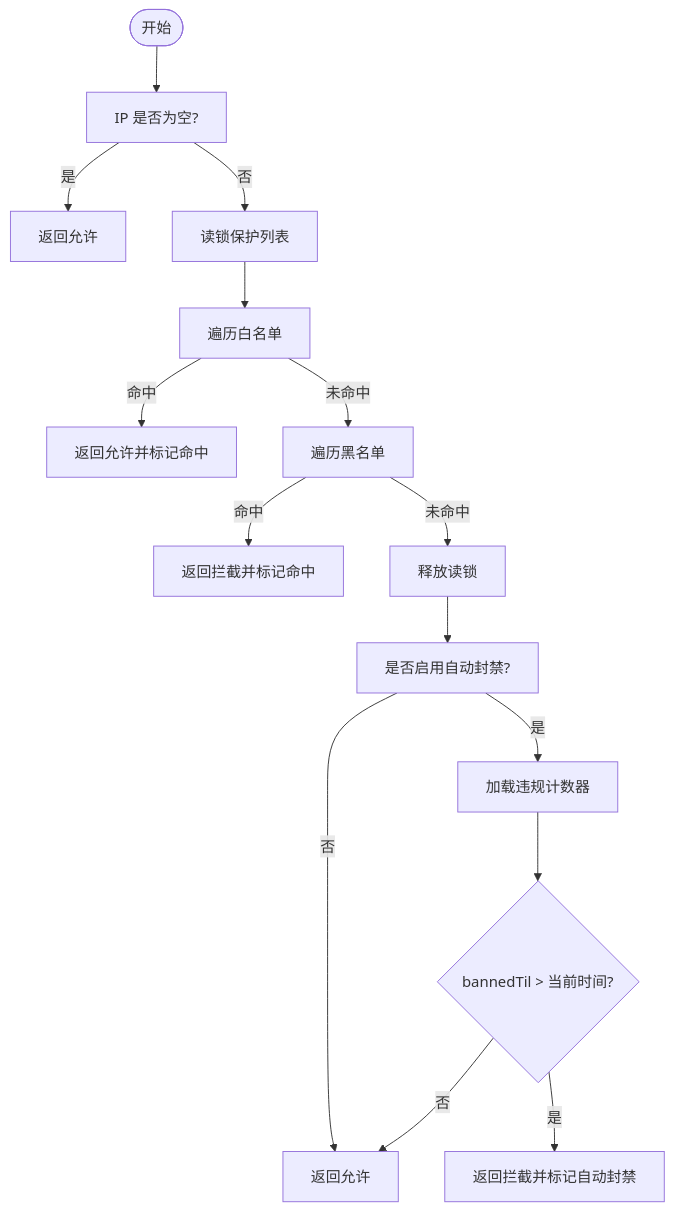
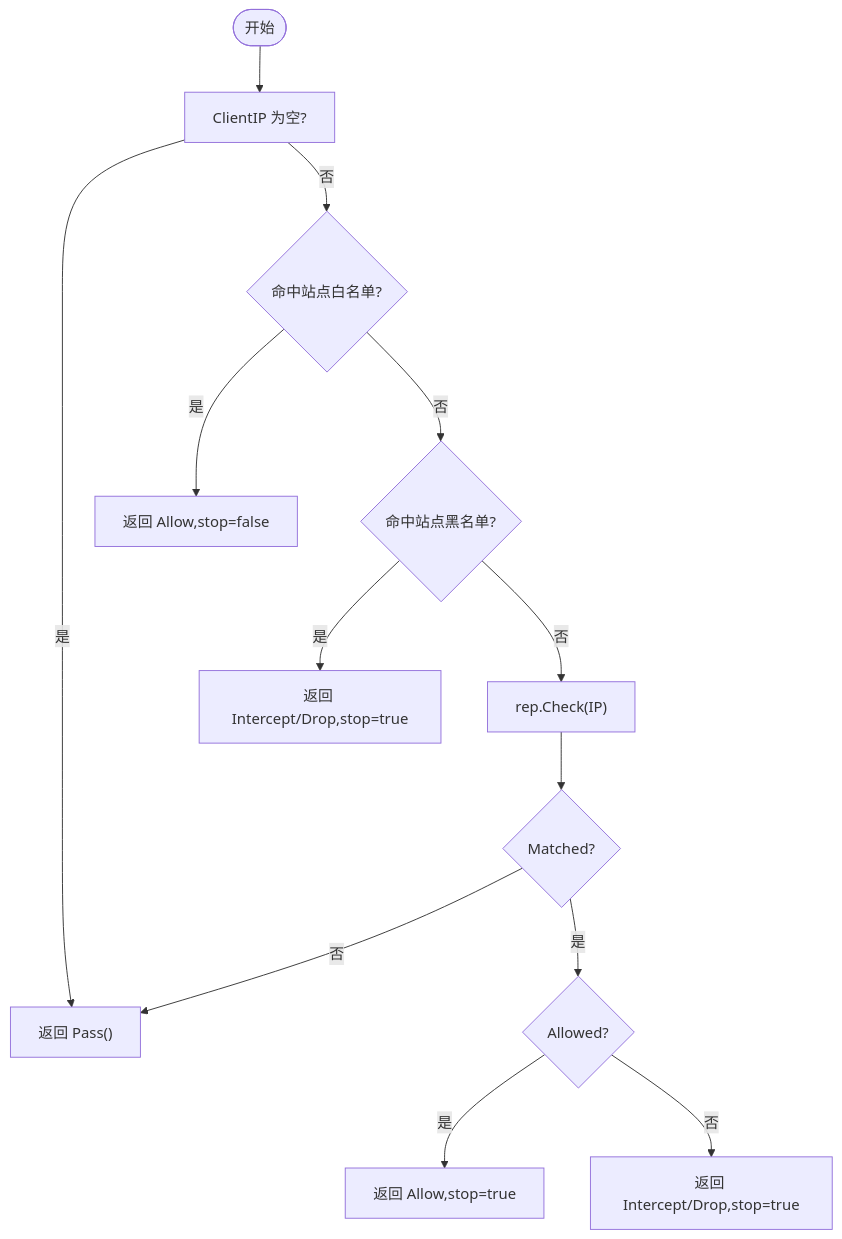
The fifth of 10 diagrams in docs/WAF 引擎系统/处理阶段详解/处理阶段详解.md (x01n/My-OpenWaf), drawn with Mermaid before and after one commit. The commit also changed other lines of this file and 622 other files, not shown here.

````diff
--- a/docs/WAF 引擎系统/处理阶段详解/处理阶段详解.md
+++ b/docs/WAF 引擎系统/处理阶段详解/处理阶段详解.md
@@ -169,17 +227,15 @@
 ```mermaid
 flowchart TD
-Start(["开始"]) --> CheckNil["IP 是否为空?"]
-CheckNil --> |是| Allow["返回允许"]
-CheckNil --> |否| ReadLock["读锁保护列表"]
-ReadLock --> CheckWhitelist["遍历白名单"]
-CheckWhitelist --> |命中| WhitelistAllow["返回允许并标记命中"]
-CheckWhitelist --> |未命中| CheckBlacklist["遍历黑名单"]
-CheckBlacklist --> |命中| BlacklistBlock["返回拦截并标记命中"]
-CheckBlacklist --> |未命中| Unlock["释放读锁"]
-Unlock --> CheckAutoBan["是否启用自动封禁?"]
-CheckAutoBan --> |否| Pass["返回允许"]
-CheckAutoBan --> |是| LoadViolation["加载违规计数器"]
-LoadViolation --> HasBan{"bannedTil > 当前时间?"}
-HasBan --> |是| AutoBanBlock["返回拦截并标记自动封禁"]
-HasBan --> |否| Pass
+Start(["开始"]) --> CheckNil["ClientIP 为空?"]
+CheckNil --> |是| Pass["返回 Pass()"]
+CheckNil --> |否| SiteWL{"命中站点白名单?"}
+SiteWL --> |是| AllowNS["返回 Allow,stop=false"]
+SiteWL --> |否| SiteBL{"命中站点黑名单?"}
+SiteBL --> |是| BL["返回 Intercept/Drop,stop=true"]
+SiteBL --> |否| Global["rep.Check(IP)"]
+Global --> GMatch{"Matched?"}
+GMatch --> |否| Pass
+GMatch --> |是| GAllow{"Allowed?"}
+GAllow --> |是| GWL["返回 Allow,stop=true"]
+GAllow --> |否| GBL["返回 Intercept/Drop,stop=true"]
 ```
````
